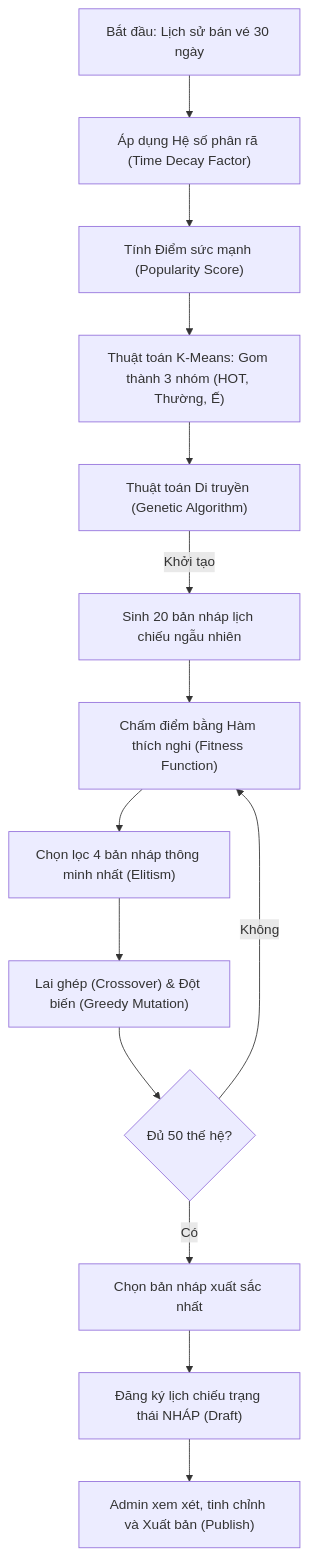
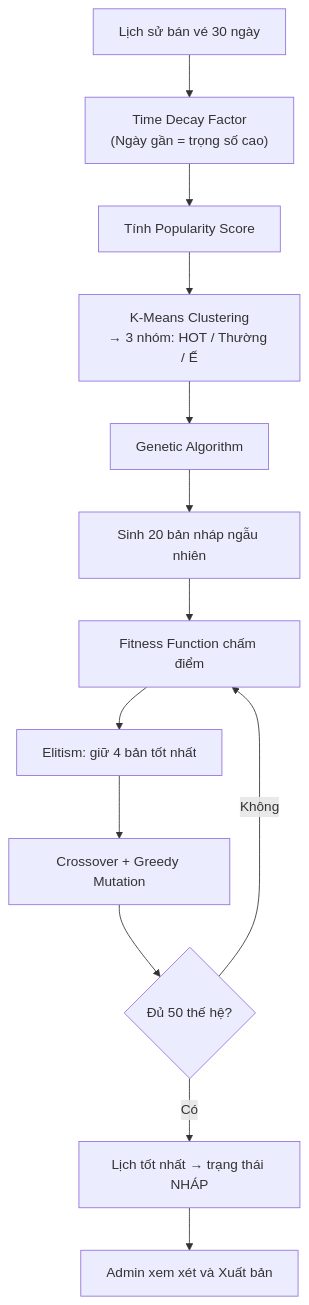
One commit to VanLoc204/cinema-manegement changed the second of 2 diagrams in README.md. Above: the diagram before and after it, drawn with Mermaid. The commit also changed other lines of this file and 3 other files, not shown here.

````diff
--- a/README.md
+++ b/README.md
@@ -109,16 +169,15 @@
 ```mermaid
 graph TD
-    A["Bắt đầu: Lịch sử bán vé 30 ngày"] --> B["Áp dụng Hệ số phân rã (Time Decay Factor)"]
-    B --> C["Tính Điểm sức mạnh (Popularity Score)"]
-    C --> D["Thuật toán K-Means: Gom thành 3 nhóm (HOT, Thường, Ế)"]
-    D --> E["Thuật toán Di truyền (Genetic Algorithm)"]
-    E -->|Khởi tạo| F["Sinh 20 bản nháp lịch chiếu ngẫu nhiên"]
-    F --> G["Chấm điểm bằng Hàm thích nghi (Fitness Function)"]
-    G --> H["Chọn lọc 4 bản nháp thông minh nhất (Elitism)"]
-    H --> I["Lai ghép (Crossover) & Đột biến (Greedy Mutation)"]
+    A["Lịch sử bán vé 30 ngày"] --> B["Time Decay Factor\n(Ngày gần = trọng số cao)"]
+    B --> C["Tính Popularity Score"]
+    C --> D["K-Means Clustering\n→ 3 nhóm: HOT / Thường / Ế"]
+    D --> E["Genetic Algorithm"]
+    E --> F["Sinh 20 bản nháp ngẫu nhiên"]
+    F --> G["Fitness Function chấm điểm"]
+    G --> H["Elitism: giữ 4 bản tốt nhất"]
+    H --> I["Crossover + Greedy Mutation"]
     I --> J{Đủ 50 thế hệ?}
     J -- Không --> G
-    J -- Có --> K["Chọn bản nháp xuất sắc nhất"]
-    K --> L["Đăng ký lịch chiếu trạng thái NHÁP (Draft)"]
-    L --> M["Admin xem xét, tinh chỉnh và Xuất bản (Publish)"]
+    J -- Có --> K["Lịch tốt nhất → trạng thái NHÁP"]
+    K --> L["Admin xem xét và Xuất bản"]
 ```
````
